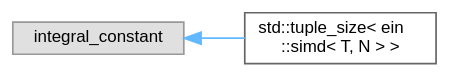
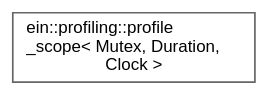
Before and after one commit to ekmett/ein: the diagram in inherit_graph_11.dot, drawn with Graphviz. The commit also changed 212 other files, not shown here.

```diff
--- a/inherit_graph_11.dot
+++ b/inherit_graph_11.dot
@@ -1,12 +1,10 @@
 digraph "Graphical Class Hierarchy"
 {
  // INTERACTIVE_SVG=YES
  // LATEX_PDF_SIZE
   bgcolor="transparent";
   edge [fontname=Helvetica,fontsize=10,labelfontname=Helvetica,labelfontsize=10];
   node [fontname=Helvetica,fontsize=10,shape=box,height=0.2,width=0.4];
   rankdir="LR";
-  Node0 [id="Node000000",label="integral_constant",height=0.2,width=0.4,color="grey60", fillcolor="#E0E0E0", style="filled",tooltip=" "];
-  Node0 -> Node1 [id="edge1_Node000000_Node000001",dir="back",color="steelblue1",style="solid",tooltip=" "];
-  Node1 [id="Node000001",label="std::tuple_size\< ein\l::simd\< T, N \> \>",height=0.2,width=0.4,color="grey40", fillcolor="white", style="filled",URL="$group__simd.html#structstd_1_1tuple__size_3_01ein_1_1simd_3_01T_00_01N_01_4_01_4",tooltip=" "];
+  Node0 [id="Node000000",label="ein::profiling::profile\l_scope\< Mutex, Duration,\l Clock \>",height=0.2,width=0.4,color="grey40", fillcolor="white", style="filled",URL="$structein_1_1profiling_1_1profile__scope.html",tooltip=" "];
 }
```
